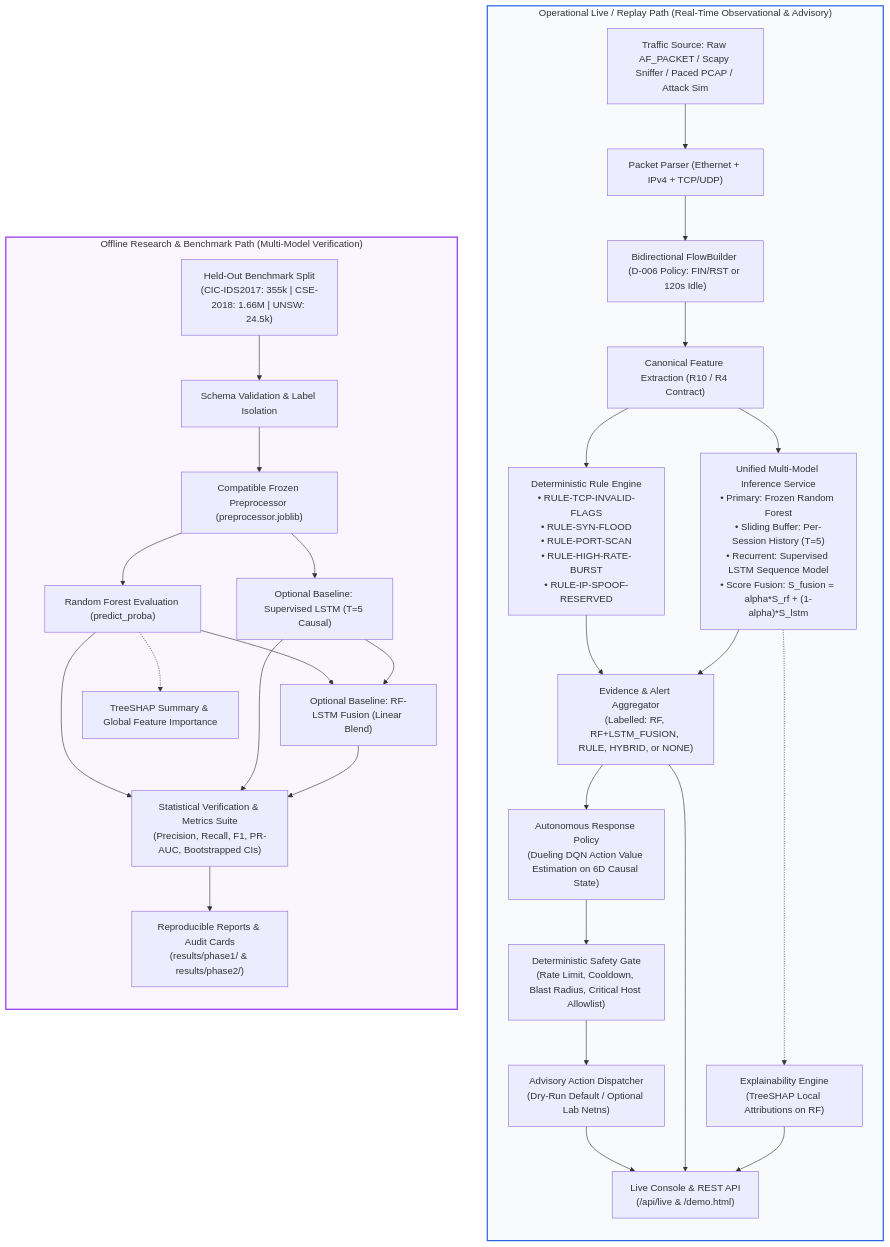
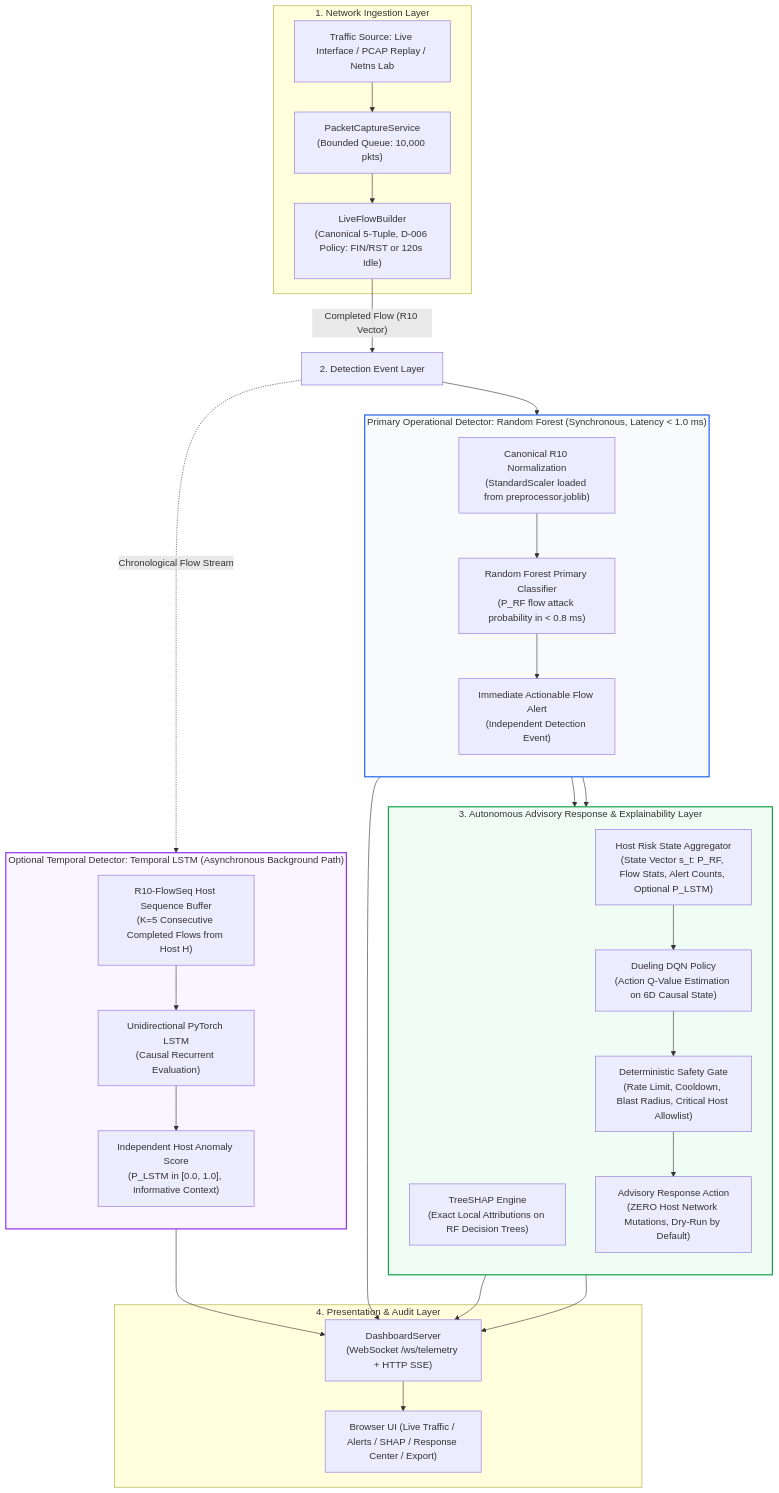
The first of 2 diagrams in docs/ARCHITECTURE.md (rishikeshgowdakk/fyp-xrlids), drawn with Mermaid before and after one commit. The commit also changed other lines of this file and 20 other files, not shown here.

Commit message:
feat: complete Phase 1 R10-FlowSeq specification, flow engine, and model acceptance criteria

````diff
--- a/docs/ARCHITECTURE.md
+++ b/docs/ARCHITECTURE.md
@@ -63,40 +63,42 @@
 ```mermaid
 flowchart TD
-    subgraph LIVE_PATH["Operational Live / Replay Path (Real-Time Observational & Advisory)"]
-        direction TB
-        L1["Traffic Source: Raw AF_PACKET / Scapy Sniffer / Paced PCAP / Attack Sim"] --> L2["Packet Parser (Ethernet + IPv4 + TCP/UDP)"]
-        L2 --> L3["Bidirectional FlowBuilder (D-006 Policy: FIN/RST or 120s Idle)"]
-        L3 --> L4["Canonical Feature Extraction (R10 / R4 Contract)"]
-        
-        L4 --> L5A["Deterministic Rule Engine\n• RULE-TCP-INVALID-FLAGS\n• RULE-SYN-FLOOD\n• RULE-PORT-SCAN\n• RULE-HIGH-RATE-BURST\n• RULE-IP-SPOOF-RESERVED"]
-        L4 --> L5B["Unified Multi-Model Inference Service\n• Primary: Frozen Random Forest\n• Sliding Buffer: Per-Session History (T=5)\n• Recurrent: Supervised LSTM Sequence Model\n• Score Fusion: S_fusion = alpha*S_rf + (1-alpha)*S_lstm"]
-        
-        L5A --> L6["Evidence & Alert Aggregator\n(Labelled: RF, RF+LSTM_FUSION, RULE, HYBRID, or NONE)"]
-        L5B --> L6
-        
-        L5B -.-> L7["Explainability Engine\n(TreeSHAP Local Attributions on RF)"]
-        
-        L6 --> L8["Autonomous Response Policy\n(Dueling DQN Action Value Estimation on 6D Causal State)"]
-        L8 --> L9["Deterministic Safety Gate\n(Rate Limit, Cooldown, Blast Radius, Critical Host Allowlist)"]
-        L9 --> L10["Advisory Action Dispatcher\n(Dry-Run Default / Optional Lab Netns)"]
-        
-        L6 --> L11["Live Console & REST API\n(/api/live & /demo.html)"]
-        L7 --> L11
-        L10 --> L11
+    subgraph INGESTION["1. Network Ingestion Layer"]
+        A1["Traffic Source: Live Interface / PCAP Replay / Netns Lab"] --> A2["PacketCaptureService\n(Bounded Queue: 10,000 pkts)"]
+        A2 --> A3["LiveFlowBuilder\n(Canonical 5-Tuple, D-006 Policy: FIN/RST or 120s Idle)"]
     end
 
-    subgraph OFFLINE_PATH["Offline Research & Benchmark Path (Multi-Model Verification)"]
+    A3 -->|"Completed Flow (R10 Vector)"| DETECT["2. Detection Event Layer"]
+
+    subgraph FAST["Primary Operational Detector: Random Forest (Synchronous, Latency < 1.0 ms)"]
         direction TB
-        O1["Held-Out Benchmark Split\n(CIC-IDS2017: 355k | CSE-2018: 1.66M | UNSW: 24.5k)"] --> O2["Schema Validation & Label Isolation"]
-        O2 --> O3["Compatible Frozen Preprocessor (preprocessor.joblib)"]
-        O3 --> O4["Random Forest Evaluation (predict_proba)"]
-        O3 --> O5["Optional Baseline: Supervised LSTM (T=5 Causal)"]
-        O4 & O5 --> O6["Optional Baseline: RF-LSTM Fusion (Linear Blend)"]
-        O4 & O5 & O6 --> O7["Statistical Verification & Metrics Suite\n(Precision, Recall, F1, PR-AUC, Bootstrapped CIs)"]
-        O4 -.-> O8["TreeSHAP Summary & Global Feature Importance"]
-        O7 --> O9["Reproducible Reports & Audit Cards\n(results/phase1/ & results/phase2/)"]
+        F1["Canonical R10 Normalization\n(StandardScaler loaded from preprocessor.joblib)"] --> F2["Random Forest Primary Classifier\n(P_RF flow attack probability in < 0.8 ms)"]
+        F2 --> F3["Immediate Actionable Flow Alert\n(Independent Detection Event)"]
     end
 
-    style LIVE_PATH fill:#f8fafc,stroke:#2563eb,stroke-width:2px
-    style OFFLINE_PATH fill:#faf5ff,stroke:#9333ea,stroke-width:2px
+    subgraph SLOW["Optional Temporal Detector: Temporal LSTM (Asynchronous Background Path)"]
+        direction TB
+        S1["R10-FlowSeq Host Sequence Buffer\n(K=5 Consecutive Completed Flows from Host H)"] --> S2["Unidirectional PyTorch LSTM\n(Causal Recurrent Evaluation)"]
+        S2 --> S3["Independent Host Anomaly Score\n(P_LSTM in [0.0, 1.0], Informative Context)"]
+    end
+
+    DETECT --> FAST
+    DETECT -.->|"Chronological Flow Stream"| SLOW
+
+    subgraph ADVISORY["3. Autonomous Advisory Response & Explainability Layer"]
+        direction TB
+        F3 --> R1["TreeSHAP Engine\n(Exact Local Attributions on RF Decision Trees)"]
+        F3 --> R2["Host Risk State Aggregator\n(State Vector s_t: P_RF, Flow Stats, Alert Counts, Optional P_LSTM)"]
+        R2 --> R3["Dueling DQN Policy\n(Action Q-Value Estimation on 6D Causal State)"]
+        R3 --> R4["Deterministic Safety Gate\n(Rate Limit, Cooldown, Blast Radius, Critical Host Allowlist)"]
+        R4 --> R5["Advisory Response Action\n(ZERO Host Network Mutations, Dry-Run by Default)"]
+    end
+
+    subgraph UI["4. Presentation & Audit Layer"]
+        F3 & S3 & R1 & R5 --> D1["DashboardServer\n(WebSocket /ws/telemetry + HTTP SSE)"]
+        D1 --> D2["Browser UI (Live Traffic / Alerts / SHAP / Response Center / Export)"]
+    end
+
+    style FAST fill:#f8fafc,stroke:#2563eb,stroke-width:2px
+    style SLOW fill:#faf5ff,stroke:#9333ea,stroke-width:2px
+    style ADVISORY fill:#f0fdf4,stroke:#16a34a,stroke-width:2px
 ```
````
